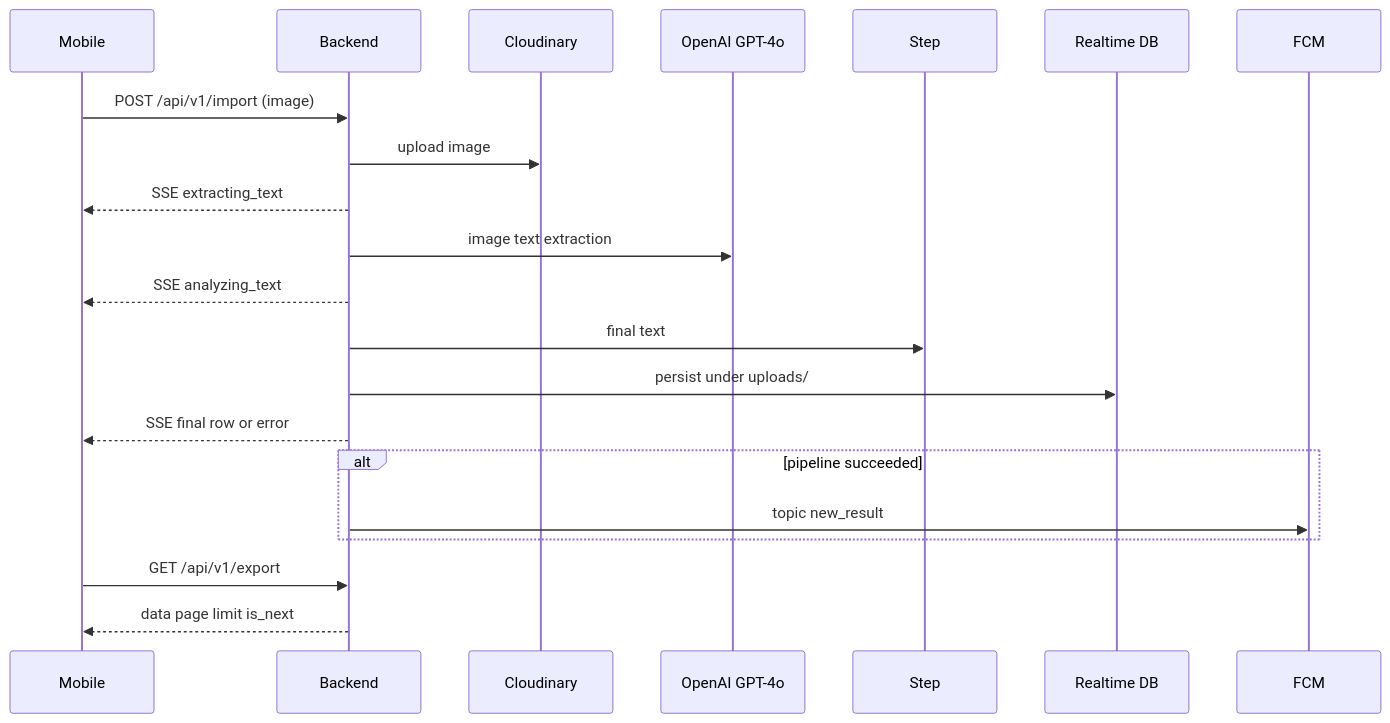
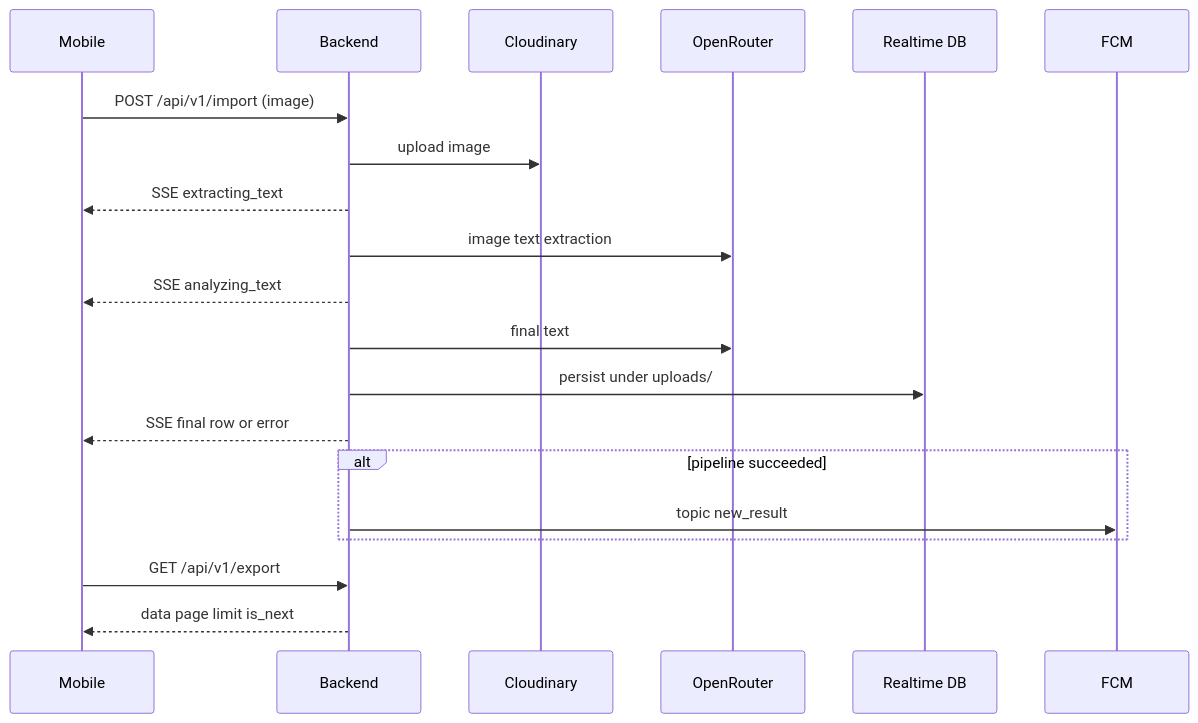
Before and after one commit to lowjungxuandev/GRIM: the diagram in docs/workflow.md, drawn with Mermaid. The commit also changed other lines of this file and 24 other files, not shown here.

First line of the commit message:
refactor: transition from NVIDIA to OpenRouter for image text extraction

````diff
--- a/docs/workflow.md
+++ b/docs/workflow.md
@@ -14,23 +14,22 @@
 ```mermaid
 sequenceDiagram
   participant M as Mobile
   participant B as Backend
   participant C as Cloudinary
-  participant V as OpenAI GPT-4o
-  participant S as Step
+  participant O as OpenRouter
   participant R as Realtime DB
   participant F as FCM
   M->>B: POST /api/v1/import (image)
   B->>C: upload image
   B-->>M: SSE extracting_text
-  B->>V: image text extraction
+  B->>O: image text extraction
   B-->>M: SSE analyzing_text
-  B->>S: final text
+  B->>O: final text
   B->>R: persist under uploads/
   B-->>M: SSE final row or error
   alt pipeline succeeded
     B->>F: topic new_result
   end
   M->>B: GET /api/v1/export
   B-->>M: data page limit is_next
 ```
````
